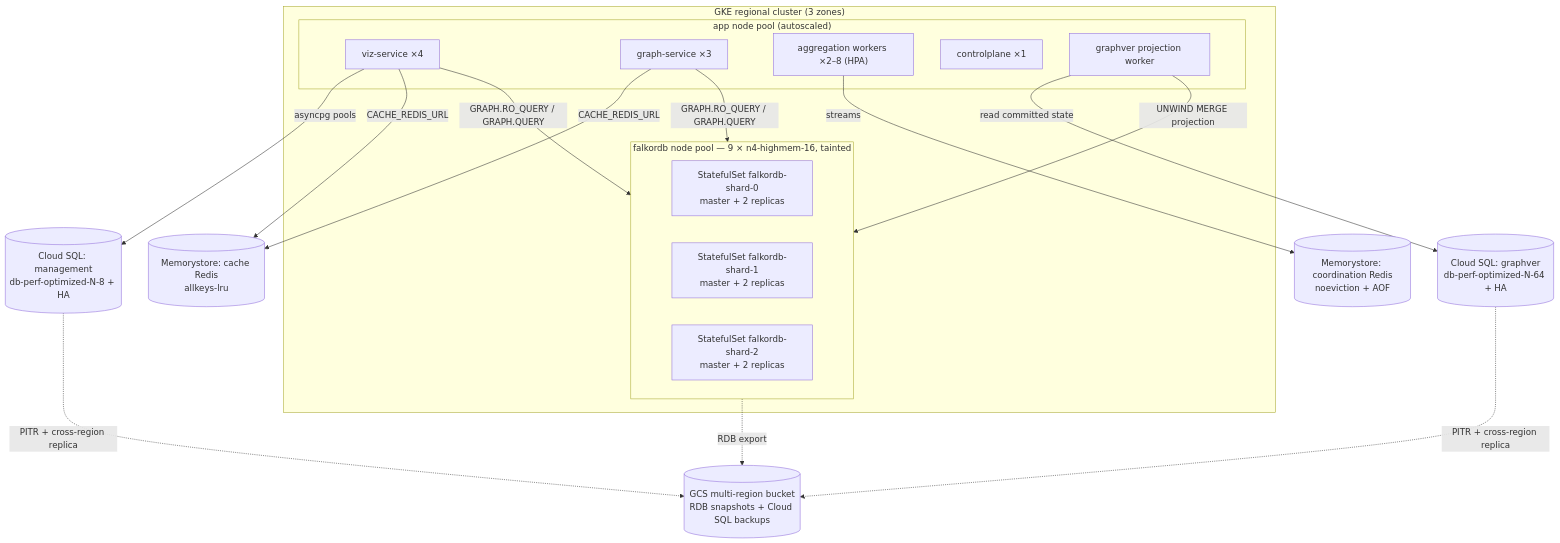
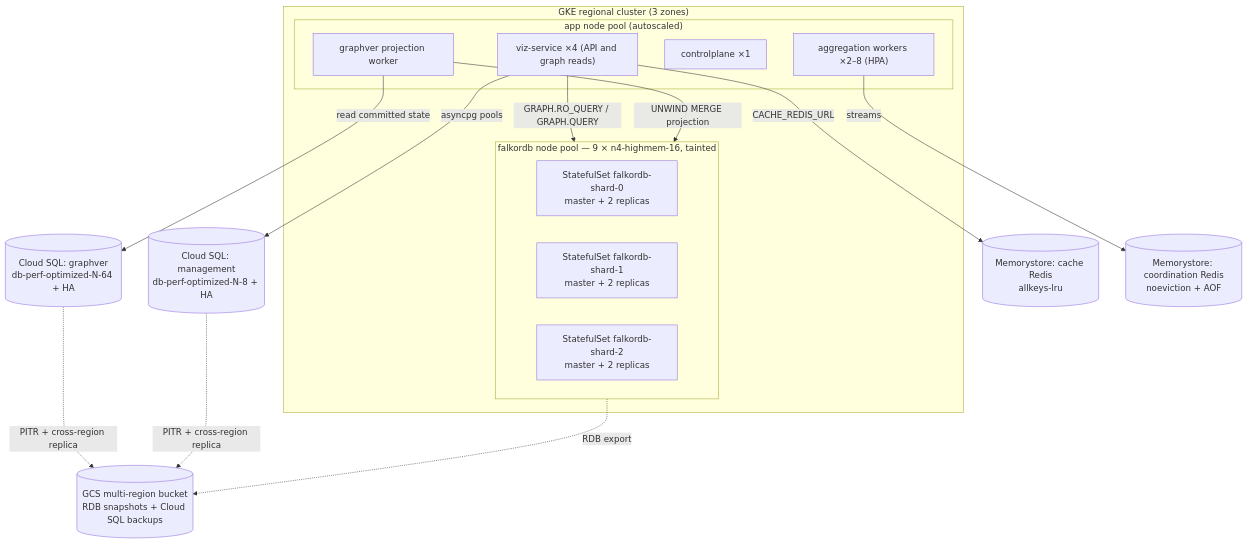
Before and after one commit to rkrumins/dataviz: the diagram in docs/INFRASTRUCTURE_SCALING_250M.md, drawn with Mermaid. The commit also changed other lines of this file and 10 other files, not shown here.

````diff
--- a/docs/INFRASTRUCTURE_SCALING_250M.md
+++ b/docs/INFRASTRUCTURE_SCALING_250M.md
@@ -53,31 +55,30 @@
 ```mermaid
 flowchart TB
     subgraph GKE["GKE regional cluster (3 zones)"]
         subgraph app["app node pool (autoscaled)"]
-            VIZ["viz-service ×4"]
-            GRAPH["graph-service ×3"]
+            VIZ["viz-service ×4 (API and graph reads)"]
             AGG["aggregation workers ×2–8 (HPA)"]
             CP["controlplane ×1"]
             PROJ["graphver projection worker"]
         end
         subgraph fk["falkordb node pool — 9 × n4-highmem-16, tainted"]
             S0["StatefulSet falkordb-shard-0<br/>master + 2 replicas"]
             S1["StatefulSet falkordb-shard-1<br/>master + 2 replicas"]
             S2["StatefulSet falkordb-shard-2<br/>master + 2 replicas"]
         end
     end
     CSQL1[("Cloud SQL: graphver<br/>db-perf-optimized-N-64 + HA")]
     CSQL2[("Cloud SQL: management<br/>db-perf-optimized-N-8 + HA")]
     RC[("Memorystore: cache Redis<br/>allkeys-lru")]
     RK[("Memorystore: coordination Redis<br/>noeviction + AOF")]
     GCS[("GCS multi-region bucket<br/>RDB snapshots + Cloud SQL backups")]
 
     VIZ -->|"asyncpg pools"| CSQL2
-    VIZ & GRAPH -->|"GRAPH.RO_QUERY / GRAPH.QUERY"| fk
+    VIZ -->|"GRAPH.RO_QUERY / GRAPH.QUERY"| fk
     PROJ -->|"read committed state"| CSQL1
     PROJ -->|"UNWIND MERGE projection"| fk
     AGG -->|"streams"| RK
-    VIZ & GRAPH -->|"CACHE_REDIS_URL"| RC
+    VIZ -->|"CACHE_REDIS_URL"| RC
     fk -.->|"RDB export"| GCS
     CSQL1 & CSQL2 -.->|"PITR + cross-region replica"| GCS
 ```
````
